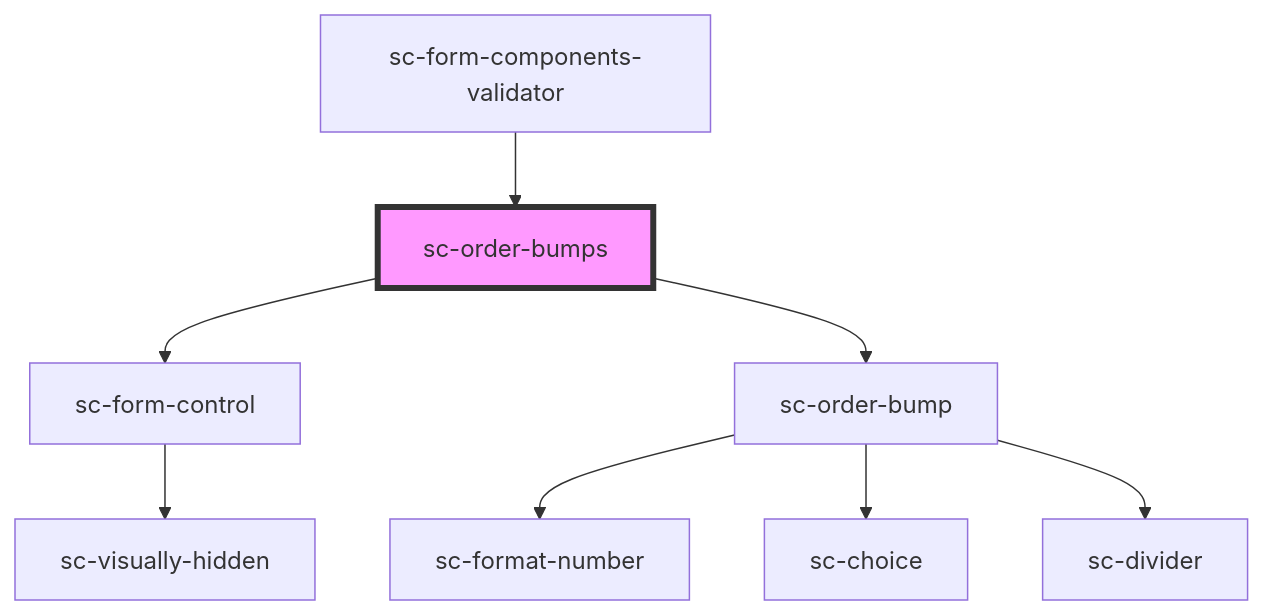
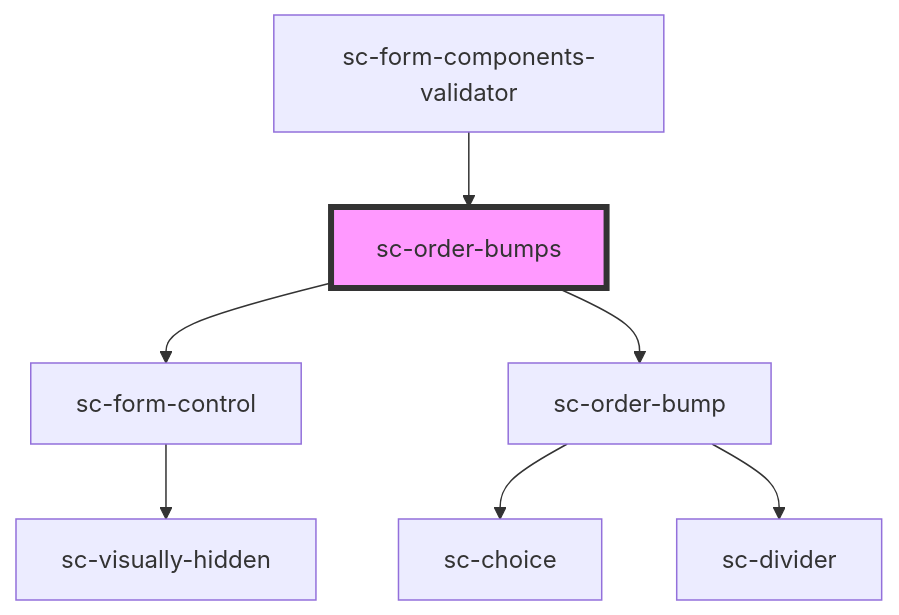
Before and after one commit to surecart/surecart-wp-plugin: the diagram in packages/components/src/components/controllers/checkout-form/sc-order-bumps/readme.md, drawn with Mermaid. The commit also changed 37 other files, not shown here.

````diff
--- a/packages/components/src/components/controllers/checkout-form/sc-order-bumps/readme.md
+++ b/packages/components/src/components/controllers/checkout-form/sc-order-bumps/readme.md
@@ -29,11 +29,10 @@
 ```mermaid
 graph TD;
   sc-order-bumps --> sc-form-control
   sc-order-bumps --> sc-order-bump
   sc-form-control --> sc-visually-hidden
-  sc-order-bump --> sc-format-number
   sc-order-bump --> sc-choice
   sc-order-bump --> sc-divider
   sc-form-components-validator --> sc-order-bumps
   style sc-order-bumps fill:#f9f,stroke:#333,stroke-width:4px
 ```
````
